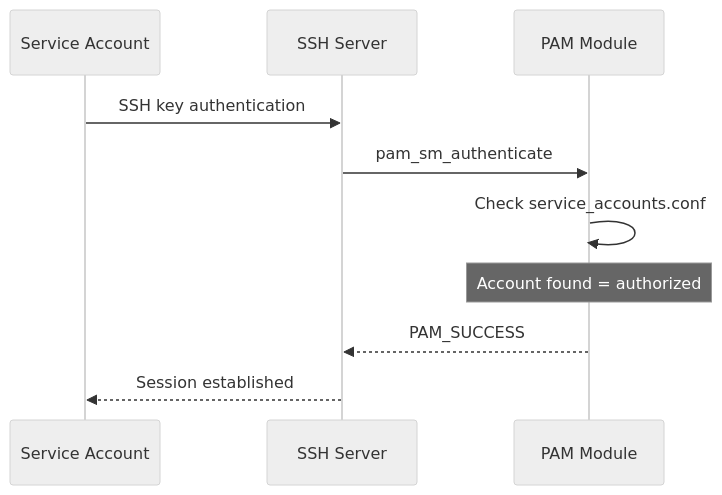
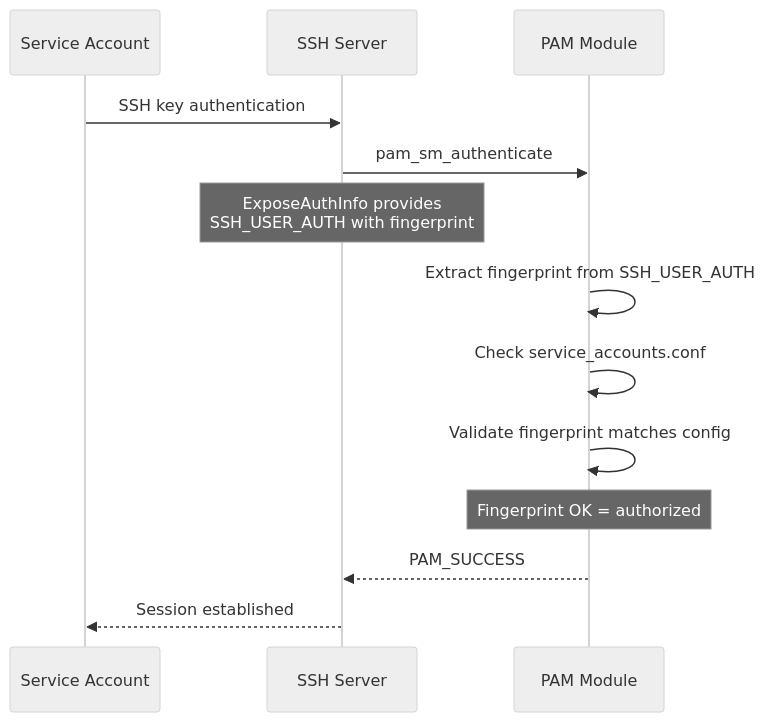
The third of 3 diagrams in SECURITY.md (linagora/open-bastion), drawn with Mermaid (neutral theme) before and after one commit. The commit also changed other lines of this file and 5 other files, not shown here.

````diff
--- a/SECURITY.md
+++ b/SECURITY.md
@@ -414,13 +426,16 @@
 ```mermaid
 sequenceDiagram
     participant SA as Service Account
     participant SSH as SSH Server
     participant PAM as PAM Module
 
     SA->>SSH: SSH key authentication
     SSH->>PAM: pam_sm_authenticate
+    Note over SSH: ExposeAuthInfo provides<br/>SSH_USER_AUTH with fingerprint
+    PAM->>PAM: Extract fingerprint from SSH_USER_AUTH
     PAM->>PAM: Check service_accounts.conf
-    Note over PAM: Account found = authorized
+    PAM->>PAM: Validate fingerprint matches config
+    Note over PAM: Fingerprint OK = authorized
     PAM-->>SSH: PAM_SUCCESS
     SSH-->>SA: Session established
 ```
````
